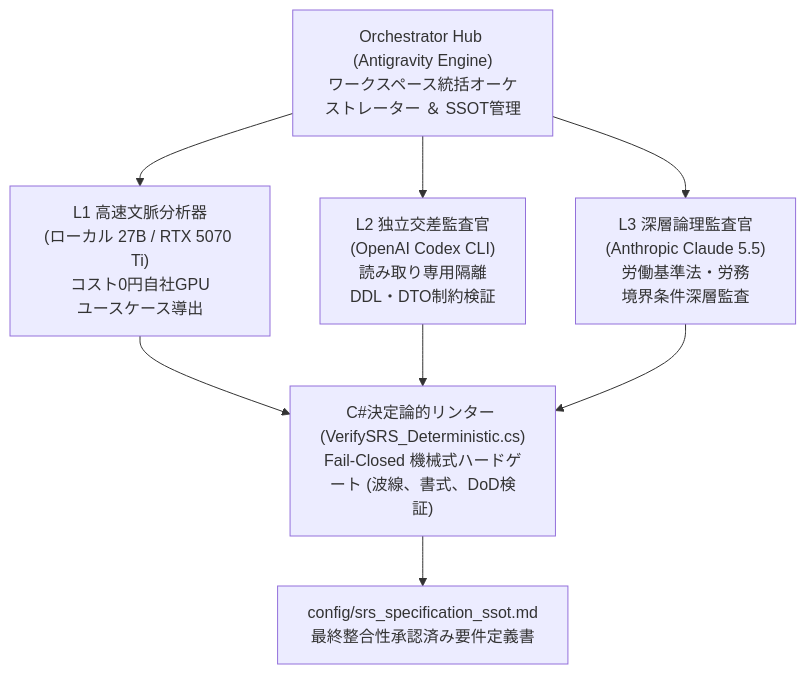
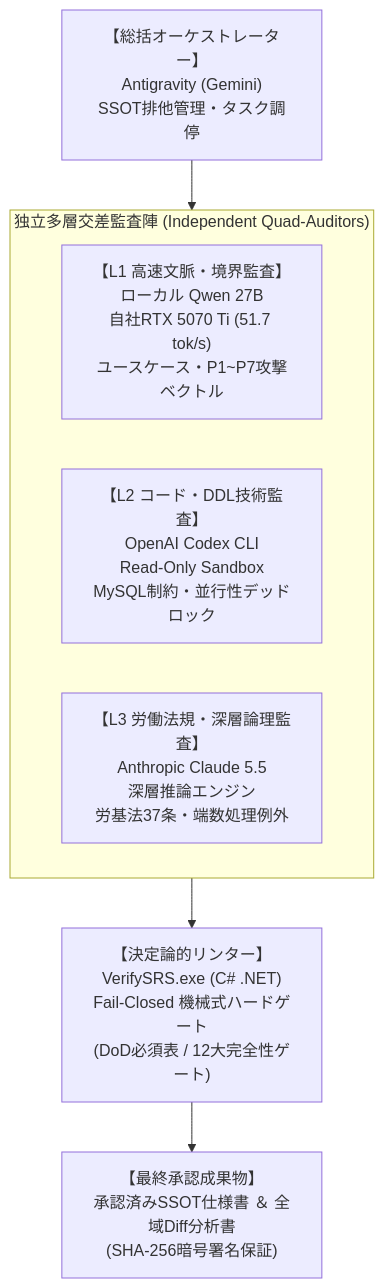
One commit to KBG183/Hybrid-srs-triad-auditor changed the second of 2 diagrams in README.md. Above: the diagram before and after it, drawn with Mermaid. The commit also changed other lines of this file and 6 other files, not shown here.

````diff
--- a/README.md
+++ b/README.md
@@ -99,21 +49,19 @@
 ```mermaid
 flowchart TD
-    HUB["Orchestrator Hub (Antigravity Engine)<br/>ワークスペース統括オーケストレーター ＆ SSOT管理"]
+    HUB["【総括オーケストレーター】<br/>Antigravity (Gemini)<br/>SSOT排他管理・タスク調停"]
 
-    L1["L1 高速文脈分析器<br/>(ローカル 27B / RTX 5070 Ti)<br/>コスト0円自社GPU<br/>ユースケース導出"]
-    L2["L2 独立交差監査官<br/>(OpenAI Codex CLI)<br/>読み取り専用隔離<br/>DDL・DTO制約検証"]
-    L3["L3 深層論理監査官<br/>(Anthropic Claude 5.5)<br/>労働基準法・労務<br/>境界条件深層監査"]
+    subgraph AUDITORS ["独立多層交差監査陣 (Independent Quad-Auditors)"]
+        direction LR
+        L1["【L1 高速文脈・境界監査】<br/>ローカル Qwen 27B<br/>自社RTX 5070 Ti (51.7 tok/s)<br/>ユースケース・P1~P7攻撃ベクトル"]
+        L2["【L2 コード・DDL技術監査】<br/>OpenAI Codex CLI<br/>Read-Only Sandbox<br/>MySQL制約・並行性デッドロック"]
+        L3["【L3 労働法規・深層論理監査】<br/>Anthropic Claude 5.5<br/>深層推論エンジン<br/>労基法37条・端数処理例外"]
+    end
 
-    LINTER["C#決定論的リンター (VerifySRS_Deterministic.cs)<br/>Fail-Closed 機械式ハードゲート (波線、書式、DoD検証)"]
-    SSOT["config/srs_specification_ssot.md<br/>最終整合性承認済み要件定義書"]
+    LINTER["【決定論的リンター】<br/>VerifySRS.exe (C# .NET)<br/>Fail-Closed 機械式ハードゲート<br/>(DoD必須表 / 12大完全性ゲート)"]
 
-    HUB --> L1
-    HUB --> L2
-    HUB --> L3
+    SSOT["【最終承認成果物】<br/>承認済みSSOT仕様書 ＆ 全域Diff分析書<br/>(SHA-256暗号署名保証)"]
 
-    L1 --> LINTER
-    L2 --> LINTER
-    L3 --> LINTER
-
+    HUB --> AUDITORS
+    AUDITORS --> LINTER
     LINTER --> SSOT
 ```
````
